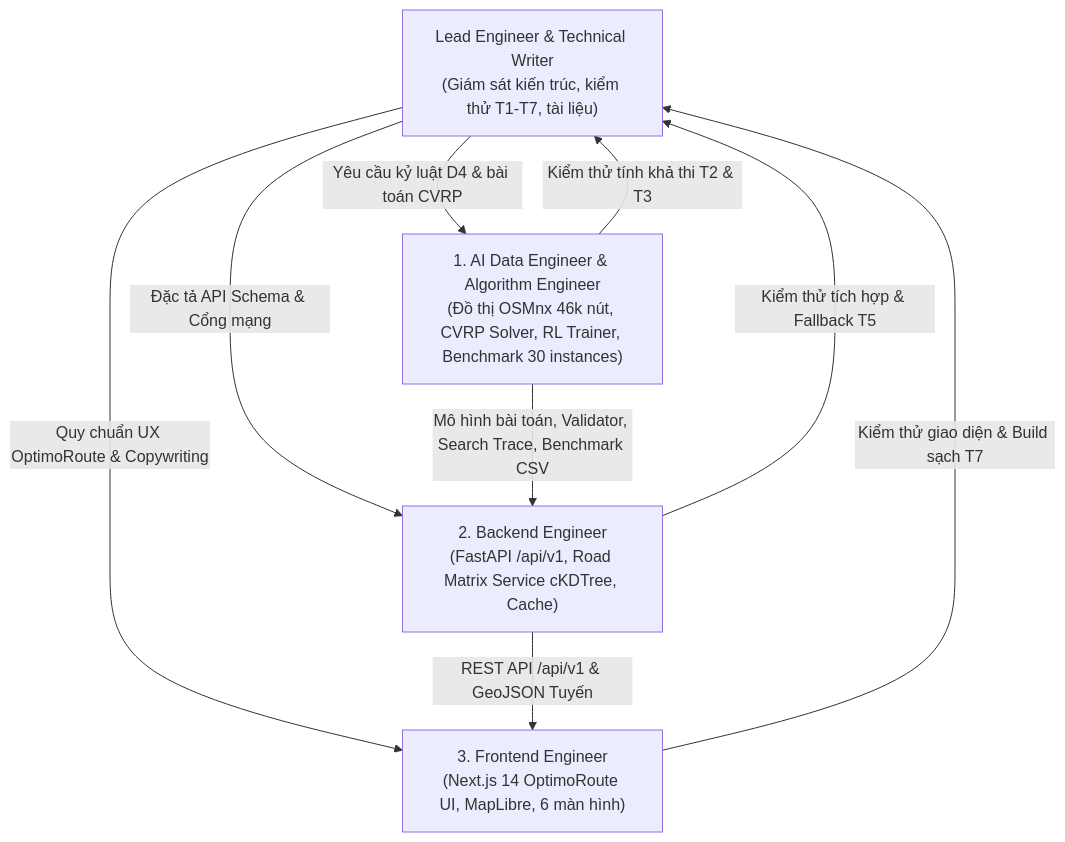
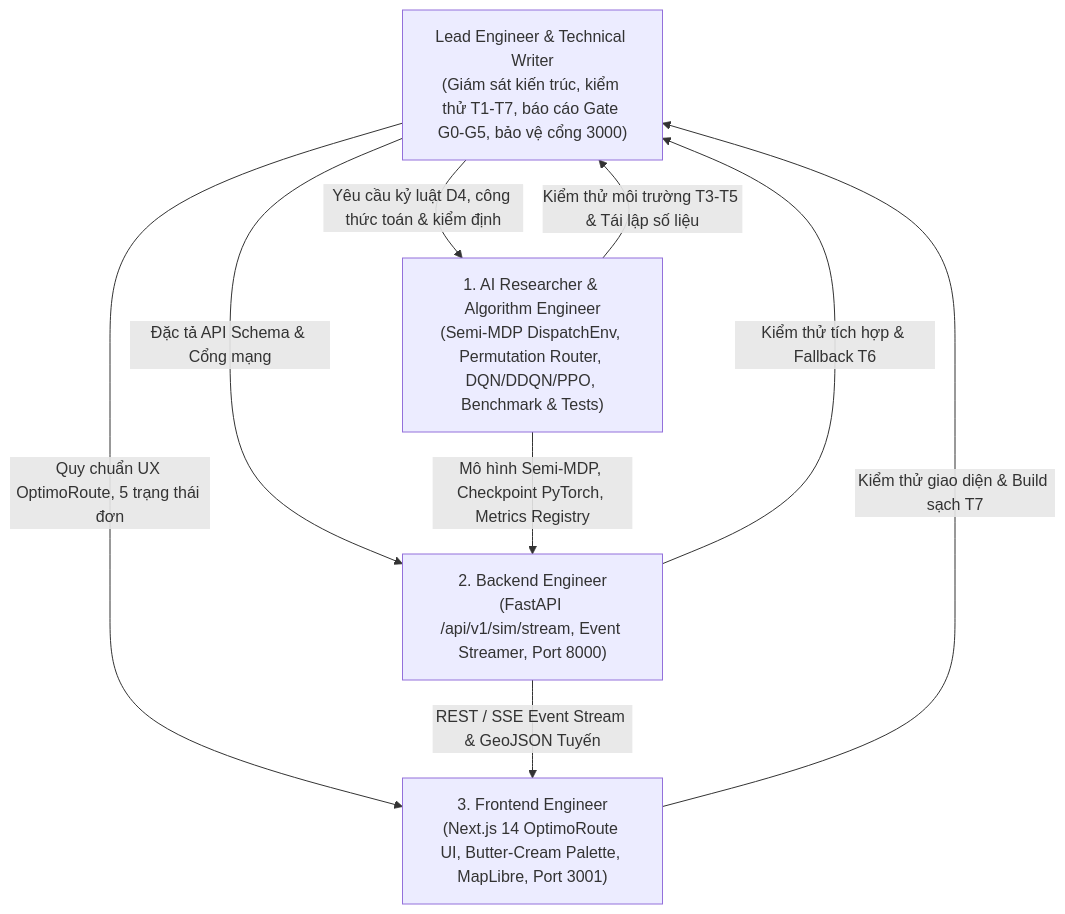
The diagram in AGENTS.md (philipsgn/HotWAY), drawn with Mermaid before and after one commit. The commit also changed other lines of this file and 193 other files, not shown here.

````diff
--- a/AGENTS.md
+++ b/AGENTS.md
@@ -14,19 +14,19 @@
 ```mermaid
 flowchart TD
-    Lead["Lead Engineer & Technical Writer\n(Giám sát kiến trúc, kiểm thử T1-T7, tài liệu)"]
+    Lead["Lead Engineer & Technical Writer\n(Giám sát kiến trúc, kiểm thử T1-T7, báo cáo Gate G0-G5, bảo vệ cổng 3000)"]
     
-    Algo["1. AI Data Engineer & Algorithm Engineer\n(Đồ thị OSMnx 46k nút, CVRP Solver, RL Trainer, Benchmark 30 instances)"]
-    BE["2. Backend Engineer\n(FastAPI /api/v1, Road Matrix Service cKDTree, Cache)"]
-    FE["3. Frontend Engineer\n(Next.js 14 OptimoRoute UI, MapLibre, 6 màn hình)"]
+    Algo["1. AI Researcher & Algorithm Engineer\n(Semi-MDP DispatchEnv, Permutation Router, DQN/DDQN/PPO, Benchmark & Tests)"]
+    BE["2. Backend Engineer\n(FastAPI /api/v1/sim/stream, Event Streamer, Port 8000)"]
+    FE["3. Frontend Engineer\n(Next.js 14 OptimoRoute UI, Butter-Cream Palette, MapLibre, Port 3001)"]
 
-    Lead -->|Yêu cầu kỷ luật D4 & bài toán CVRP| Algo
+    Lead -->|Yêu cầu kỷ luật D4, công thức toán & kiểm định| Algo
     Lead -->|Đặc tả API Schema & Cổng mạng| BE
-    Lead -->|Quy chuẩn UX OptimoRoute & Copywriting| FE
+    Lead -->|Quy chuẩn UX OptimoRoute, 5 trạng thái đơn| FE
 
-    Algo -->|Mô hình bài toán, Validator, Search Trace, Benchmark CSV| BE
-    BE -->|REST API /api/v1 & GeoJSON Tuyến| FE
+    Algo -->|Mô hình Semi-MDP, Checkpoint PyTorch, Metrics Registry| BE
+    BE -->|REST / SSE Event Stream & GeoJSON Tuyến| FE
 
-    Algo -->|Kiểm thử tính khả thi T2 & T3| Lead
-    BE -->|Kiểm thử tích hợp & Fallback T5| Lead
+    Algo -->|Kiểm thử môi trường T3-T5 & Tái lập số liệu| Lead
+    BE -->|Kiểm thử tích hợp & Fallback T6| Lead
     FE -->|Kiểm thử giao diện & Build sạch T7| Lead
 ```
````
